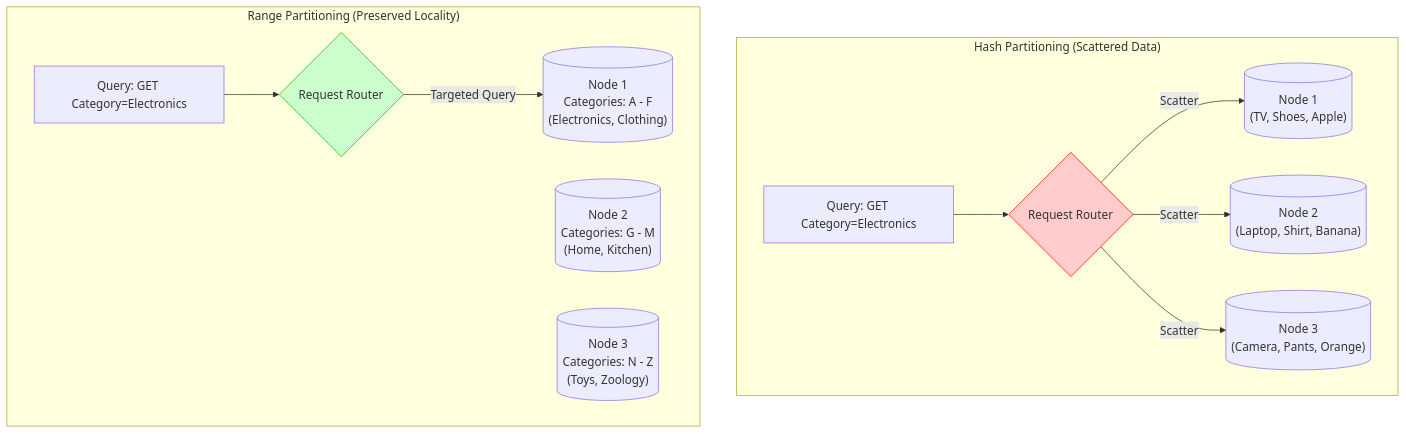
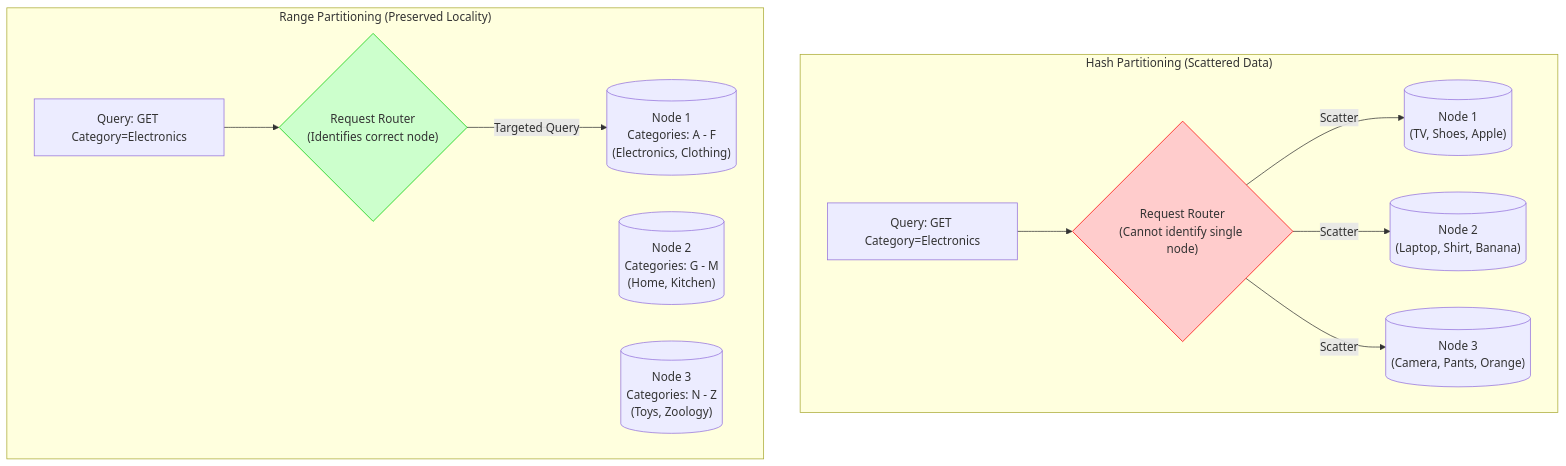
The diagram in Core Concepts/Consistent Hashing/README.md (abhinnaagrawal/system-design-notes), drawn with Mermaid before and after one commit. The commit also changed other lines of this file and 7 other files, not shown here.

````diff
--- a/Core Concepts/Consistent Hashing/README.md
+++ b/Core Concepts/Consistent Hashing/README.md
@@ -159,32 +157,32 @@
 ```mermaid
 flowchart TD
     subgraph "Hash Partitioning (Scattered Data)"
         H_Query["Query: GET Category=Electronics"]
-        H_Router{"Request Router"}
+        H_Router{"Request Router\n(Cannot identify single node)"}
         
         H_Node1[("Node 1\n(TV, Shoes, Apple)")]
         H_Node2[("Node 2\n(Laptop, Shirt, Banana)")]
         H_Node3[("Node 3\n(Camera, Pants, Orange)")]
 
         H_Query --> H_Router
         H_Router -->|Scatter| H_Node1
         H_Router -->|Scatter| H_Node2
         H_Router -->|Scatter| H_Node3
         
         style H_Router fill:#ffcccc,stroke:#ff0000
     end
 
     subgraph "Range Partitioning (Preserved Locality)"
         R_Query["Query: GET Category=Electronics"]
-        R_Router{"Request Router"}
+        R_Router{"Request Router\n(Identifies correct node)"}
         
         R_Node1[("Node 1\nCategories: A - F\n(Electronics, Clothing)")]
         R_Node2[("Node 2\nCategories: G - M\n(Home, Kitchen)")]
         R_Node3[("Node 3\nCategories: N - Z\n(Toys, Zoology)")]
 
         R_Query --> R_Router
         R_Router -->|Targeted Query| R_Node1
         
         style R_Router fill:#ccffcc,stroke:#00cc00
     end
 ```
````
